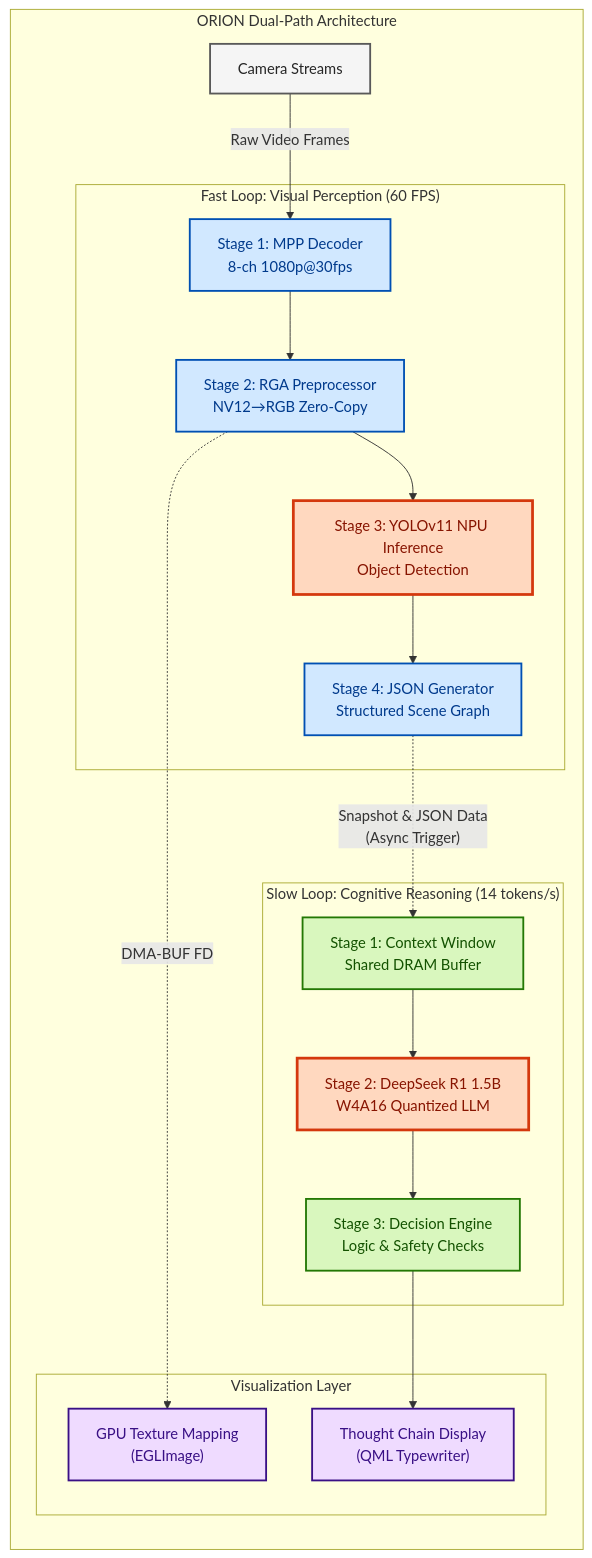
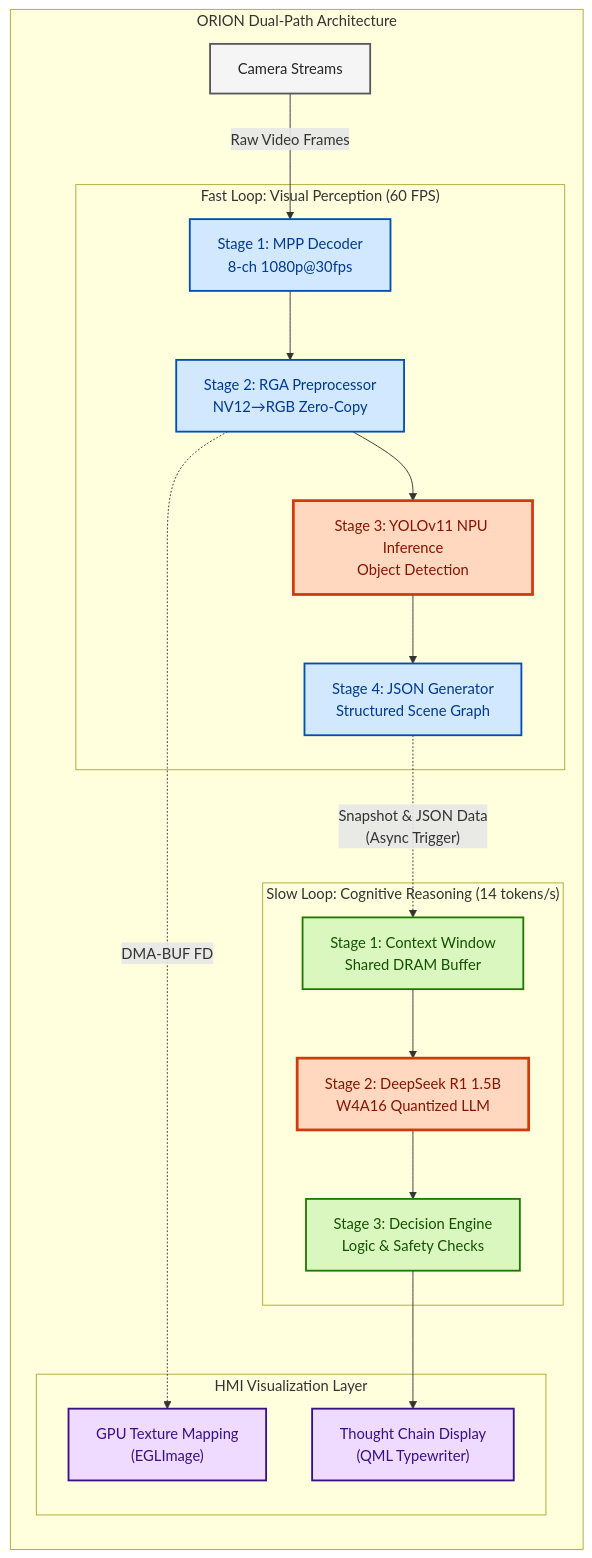
Before and after one commit to WNPPP0114/RAVEN: the diagram in README.md, drawn with Mermaid.

````diff
--- a/README.md
+++ b/README.md
@@ -48,60 +48,60 @@
 ```mermaid
 graph TD
     subgraph "ORION Dual-Path Architecture"
         direction TB
         
         Cam[Camera Streams] -->|"Raw Video Frames"| V1
         
         subgraph "Fast Loop: Visual Perception (60 FPS)"
             V1["Stage 1: MPP Decoder<br/>8-ch 1080p@30fps"] 
             V2["Stage 2: RGA Preprocessor<br/>NV12→RGB Zero-Copy"]
             V3["Stage 3: YOLOv11 NPU Inference<br/>Object Detection"]
             V4["Stage 4: JSON Generator<br/>Structured Scene Graph"]
             
             V1 --> V2
             V2 --> V3
             V3 --> V4
         end
         
         V4 -.->|"Snapshot & JSON Data<br/>(Async Trigger)"| R1
         
         subgraph "Slow Loop: Cognitive Reasoning (14 tokens/s)"
             R1["Stage 1: Context Window<br/>Shared DRAM Buffer"]
             R2["Stage 2: DeepSeek R1 1.5B<br/>W4A16 Quantized LLM"]
             R3["Stage 3: Decision Engine<br/>Logic & Safety Checks"]
             
             R1 --> R2
             R2 --> R3
         end
         
-        subgraph "Visualization Layer"
+        subgraph "HMI Visualization Layer"
             UI1["GPU Texture Mapping<br/>(EGLImage)"]
             UI2["Thought Chain Display<br/>(QML Typewriter)"]
         end
 
         V2 -.->|"DMA-BUF FD"| UI1
         R3 --> UI2
     end
 
     %% --- Styling Definition ---
     
     %% Fast Loop (Blue Theme - Data Flow)
     style V1 fill:#D1E8FF,stroke:#0050B3,stroke-width:2px,color:#003A8C
     style V2 fill:#D1E8FF,stroke:#0050B3,stroke-width:2px,color:#003A8C
     style V4 fill:#D1E8FF,stroke:#0050B3,stroke-width:2px,color:#003A8C
     
     %% Slow Loop (Green Theme - Logic Flow)
     style R1 fill:#D9F7BE,stroke:#237804,stroke-width:2px,color:#135200
     style R3 fill:#D9F7BE,stroke:#237804,stroke-width:2px,color:#135200
     
     %% Compute Cores (Orange Theme - NPU Hotspots)
     style V3 fill:#FFD8BF,stroke:#D4380D,stroke-width:3px,color:#871400
     style R2 fill:#FFD8BF,stroke:#D4380D,stroke-width:3px,color:#871400
     
     %% UI Layer (Purple Theme)
     style UI1 fill:#EFDBFF,stroke:#391085,stroke-width:2px,color:#391085
     style UI2 fill:#EFDBFF,stroke:#391085,stroke-width:2px,color:#391085
     
     %% External Nodes (Grey)
     style Cam fill:#F5F5F5,stroke:#595959,stroke-width:2px,color:#262626
 ```
````
